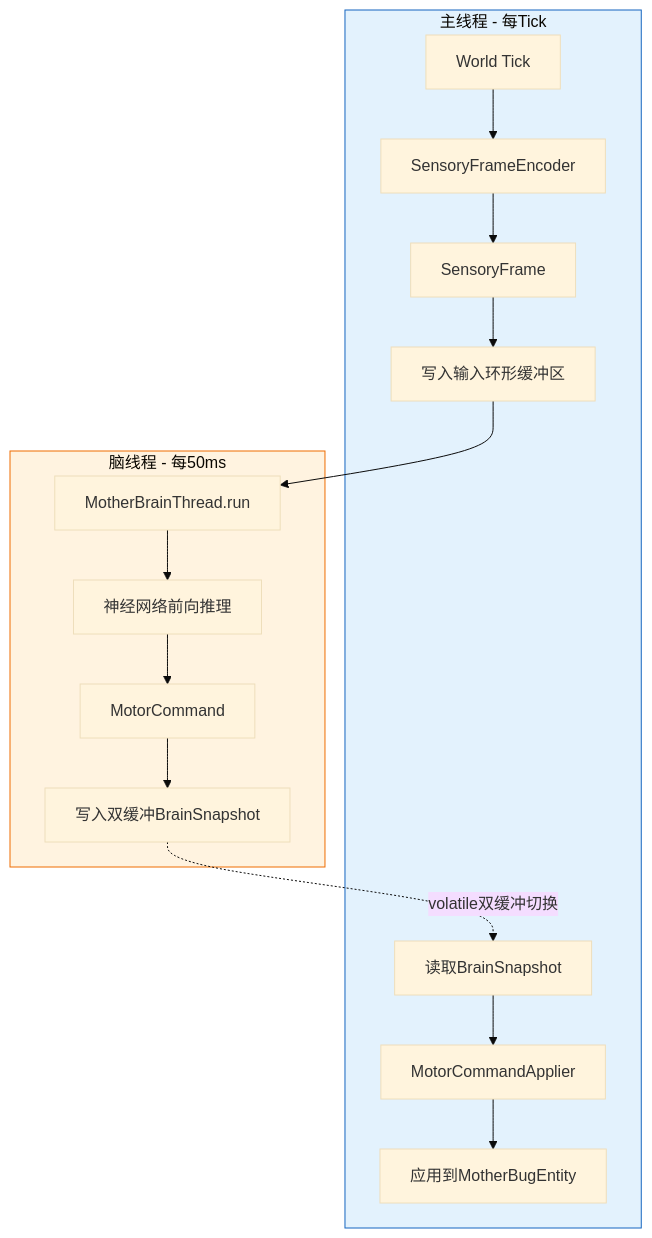
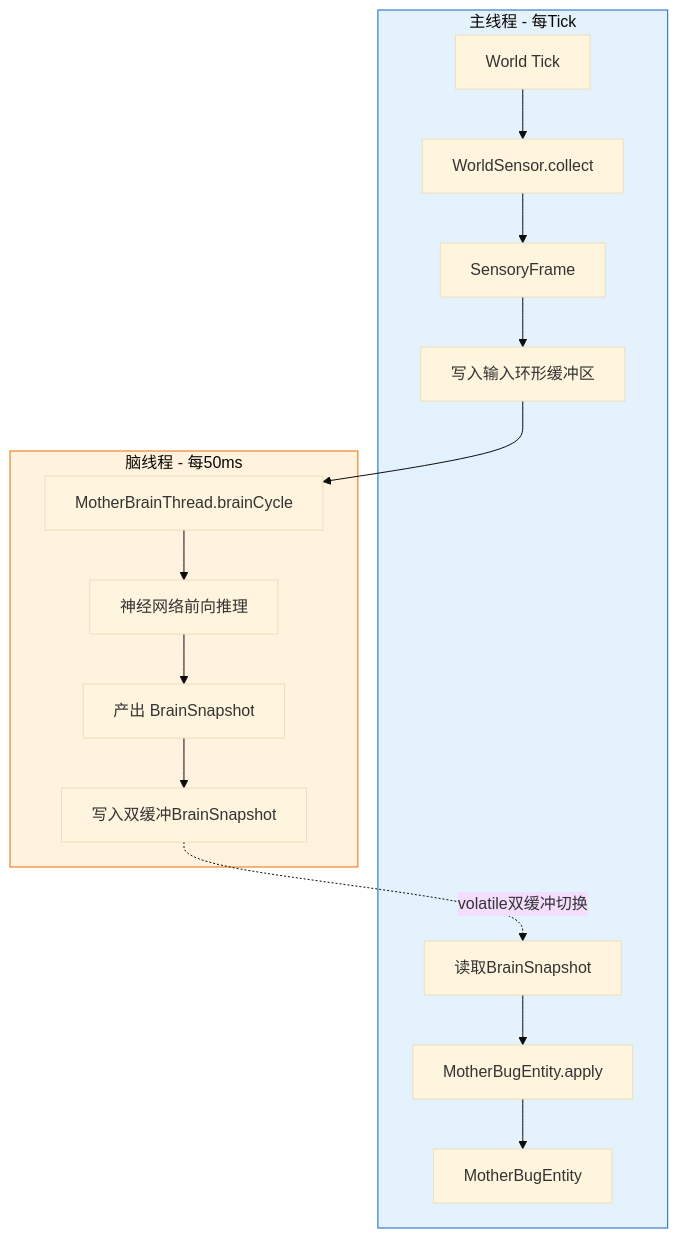
Before and after one commit to qingyang101willow/chongnao-jihua: the diagram in src/main/resources/ARCHITECTURE.md, drawn with Mermaid (base theme). The commit also changed other lines of this file, not shown here.

````diff
--- a/src/main/resources/ARCHITECTURE.md
+++ b/src/main/resources/ARCHITECTURE.md
@@ -11,22 +12,22 @@
 ```mermaid
 flowchart TB
     subgraph 主线程[主线程 - 每Tick]
-        A[World Tick] --> B[SensoryFrameEncoder]
+        A[World Tick] --> B[WorldSensor.collect]
         B --> C[SensoryFrame]
         C --> D[写入输入环形缓冲区]
-        H[读取BrainSnapshot] --> I[MotorCommandApplier]
-        I --> J[应用到MotherBugEntity]
+        H[读取BrainSnapshot] --> I[MotherBugEntity.apply]
+        I --> J[MotherBugEntity]
     end
 
     subgraph 脑线程[脑线程 - 每50ms]
-        D --> E[MotherBrainThread.run]
+        D --> E[MotherBrainThread.brainCycle]
         E --> F[神经网络前向推理]
-        F --> G[MotorCommand]
+        F --> G[产出 BrainSnapshot]
         G --> K[写入双缓冲BrainSnapshot]
     end
 
     K -.->|volatile双缓冲切换| H
 
     style 主线程 fill:#e3f2fd,stroke:#1565c0
     style 脑线程 fill:#fff3e0,stroke:#ef6c00
 ```
````
